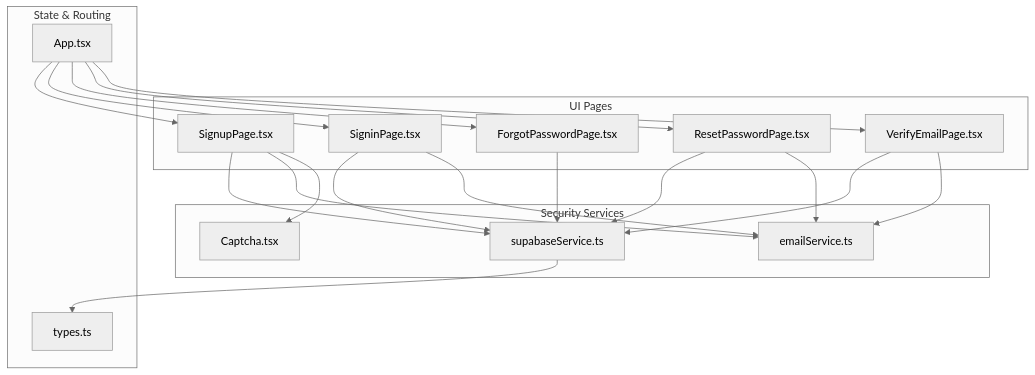
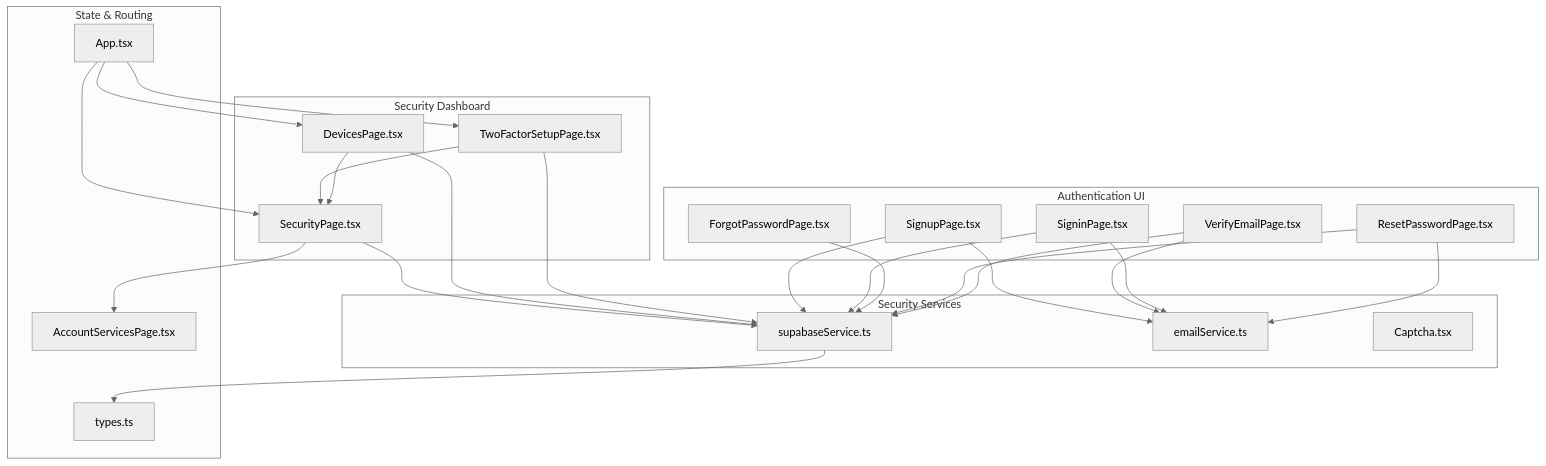
Before and after one commit to zpria/ACCOUND-ZPRIA: the first of 11 diagrams in .qoder/repowiki/en/content/Authentication System/Security Measures.md, drawn with Mermaid (neutral theme). The commit also changed other lines of this file and 12 other files, not shown here.

````diff
--- a/.qoder/repowiki/en/content/Authentication System/Security Measures.md
+++ b/.qoder/repowiki/en/content/Authentication System/Security Measures.md
@@ -41,35 +57,44 @@
 ```mermaid
 graph TB
-subgraph "UI Pages"
+subgraph "Security Dashboard"
+SP["SecurityPage.tsx"]
+DP["DevicesPage.tsx"]
+TF["TwoFactorSetupPage.tsx"]
+end
+subgraph "Authentication UI"
 Sgn["SignupPage.tsx"]
 Sin["SigninPage.tsx"]
 FP["ForgotPasswordPage.tsx"]
 RP["ResetPasswordPage.tsx"]
 VE["VerifyEmailPage.tsx"]
 end
 subgraph "Security Services"
 SS["supabaseService.ts"]
 ES["emailService.ts"]
 CP["Captcha.tsx"]
 end
 subgraph "State & Routing"
 APP["App.tsx"]
 TY["types.ts"]
+AS["AccountServicesPage.tsx"]
 end
+SP --> SS
+DP --> SS
+TF --> SS
 Sgn --> SS
 Sin --> SS
 FP --> SS
 RP --> SS
 VE --> SS
 Sgn --> ES
 VE --> ES
 Sin --> ES
 RP --> ES
-Sgn --> CP
-APP --> Sgn
-APP --> Sin
-APP --> FP
-APP --> RP
-APP --> VE
+SP --> AS
+TF --> SP
+DP --> SP
+APP --> SP
+APP --> TF
+APP --> DP
 SS --> TY
 ```
````
